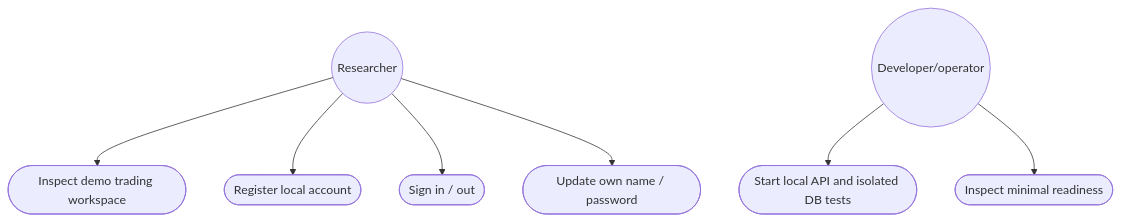
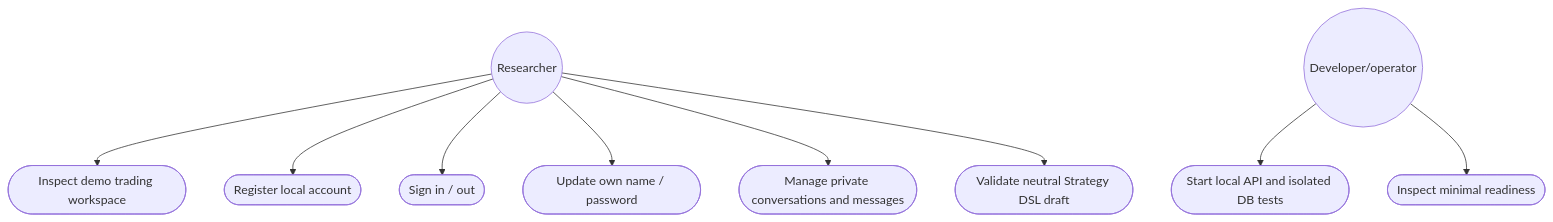
One commit to tranbaohoang10/AITrading changed the second of 2 diagrams in docs/architecture.md. Above: the diagram before and after it, drawn with Mermaid. The commit also changed other lines of this file and 33 other files, not shown here.

First line of the commit message:
feat(dsl): thêm kiểm chứng Strategy DSL trung lập có phiên bản

````diff
--- a/docs/architecture.md
+++ b/docs/architecture.md
@@ -32,9 +32,11 @@
 ```mermaid
 flowchart TB
   Researcher((Researcher)) --> Shell([Inspect demo trading workspace])
   Researcher --> Register([Register local account])
   Researcher --> Login([Sign in / out])
   Researcher --> Account([Update own name / password])
+  Researcher --> Chat([Manage private conversations and messages])
+  Researcher --> DSL([Validate neutral Strategy DSL draft])
   Operator((Developer/operator)) --> Start([Start local API and isolated DB tests])
   Operator --> Ready([Inspect minimal readiness])
 ```
````
